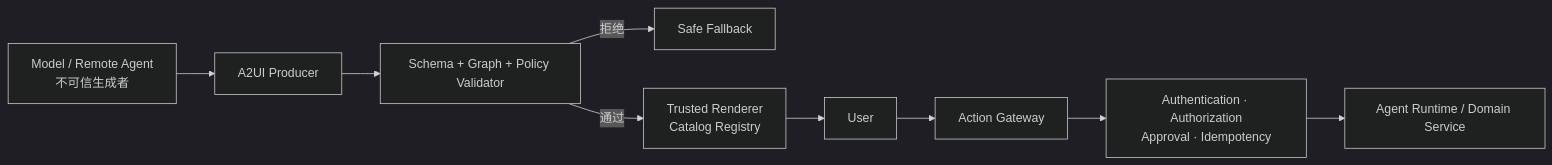
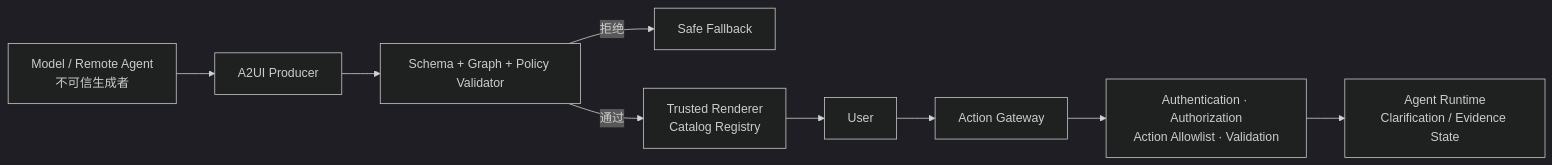
One commit to whatthehan/masterpiece-static-docs changed the first of 3 diagrams in site/08-安全与治理/06-A2UI与声明式生成界面.md. Above: the diagram before and after it, drawn with Mermaid (dark theme). The commit also changed other lines of this file and 252 other files, not shown here.

````diff
--- a/site/08-安全与治理/06-A2UI与声明式生成界面.md
+++ b/site/08-安全与治理/06-A2UI与声明式生成界面.md
@@ -30,11 +32,11 @@
 ```mermaid
 flowchart LR
     M["Model / Remote Agent<br/>不可信生成者"] --> P["A2UI Producer"]
     P --> V["Schema + Graph + Policy Validator"]
     V -->|拒绝| F["Safe Fallback"]
     V -->|通过| R["Trusted Renderer<br/>Catalog Registry"]
     R --> U["User"]
     U --> A["Action Gateway"]
-    A --> Z["Authentication · Authorization<br/>Approval · Idempotency"]
-    Z --> S["Agent Runtime / Domain Service"]
+    A --> Z["Authentication · Authorization<br/>Action Allowlist · Validation"]
+    Z --> S["Agent Runtime<br/>Clarification / Evidence State"]
 ```
````
